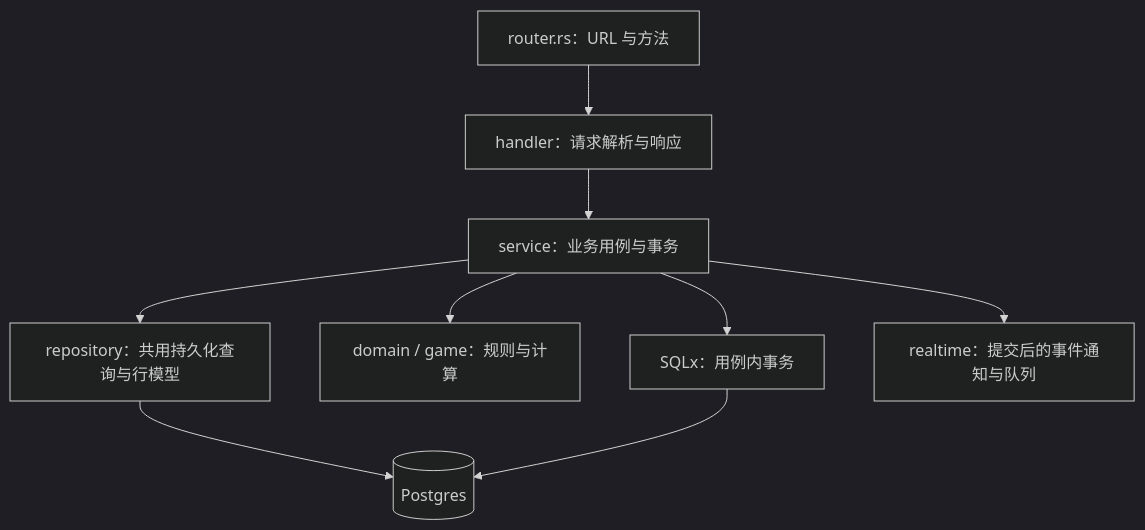
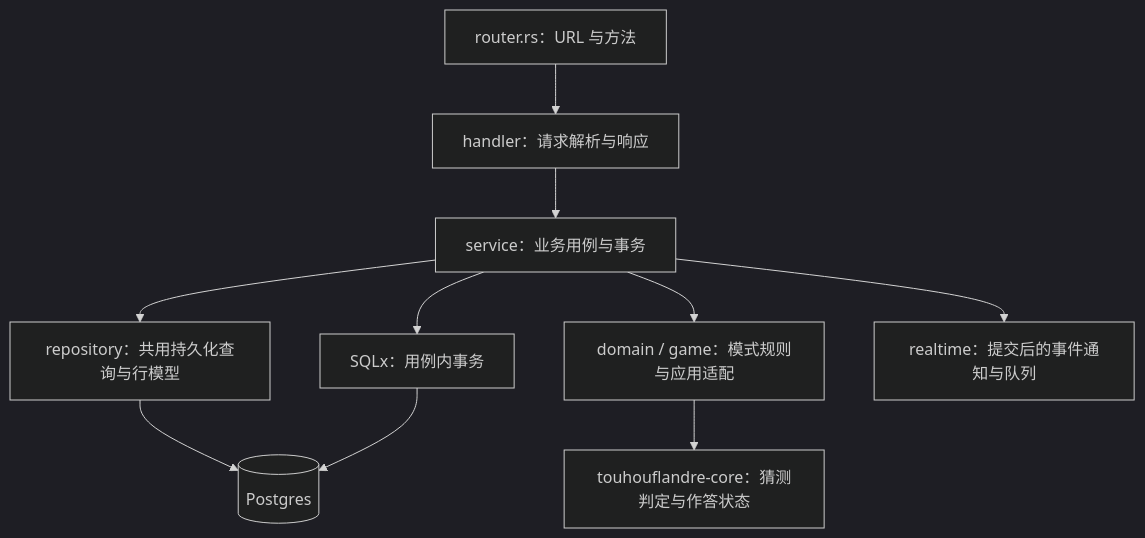
One commit to jachinzhang1/TouhouFlandre changed the sixth of 6 diagrams in docs/architecture.md. Above: the diagram before and after it, drawn with Mermaid (dark theme). The commit also changed other lines of this file and 38 other files, not shown here.

Commit message:
refactor(api): extract reusable touhouflandre-core crate

````diff
--- a/docs/architecture.md
+++ b/docs/architecture.md
@@ -205,11 +228,12 @@
 ```mermaid
 flowchart TD
     R[router.rs：URL 与方法] --> H[handler：请求解析与响应]
     H --> S[service：业务用例与事务]
     S --> P[repository：共用持久化查询与行模型]
-    S --> D[domain / game：规则与计算]
+    S --> D[domain / game：模式规则与应用适配]
+    D --> G[touhouflandre-core：猜测判定与作答状态]
     P --> DB[(Postgres)]
     S --> T[SQLx：用例内事务]
     T --> DB
     S --> W[realtime：提交后的事件通知与队列]
 ```
````
